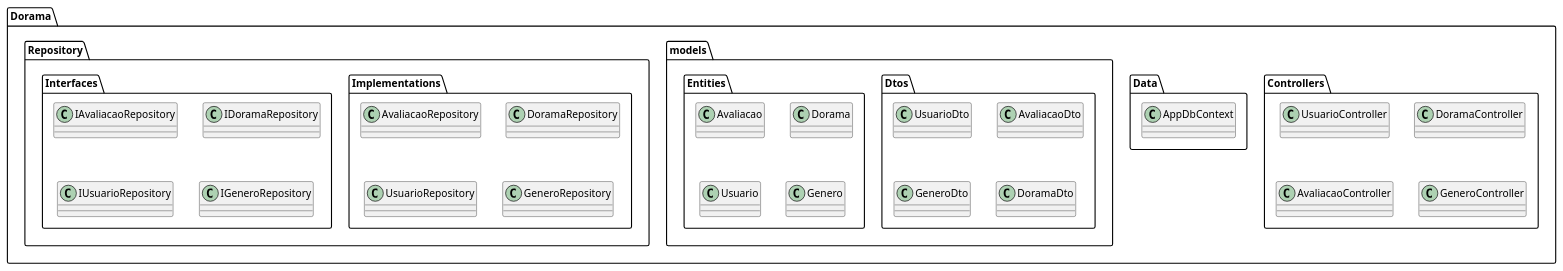
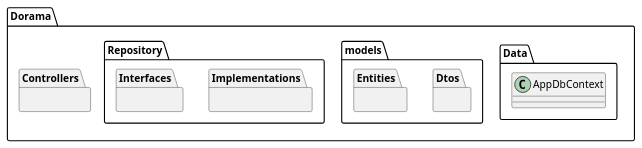
Before and after one commit to KaioHenr/Trab1-PS: the diagram in Trab1-PS/diagramas/diagramas_plantuml/diagrama_de_projeto.plantuml, drawn with PlantUML. The commit also changed 4 other files, not shown here.

Commit message:
adicionando diagramas de projeto do frontend

```diff
--- a/Trab1-PS/diagramas/diagramas_plantuml/diagrama_de_projeto.plantuml
+++ b/Trab1-PS/diagramas/diagramas_plantuml/diagrama_de_projeto.plantuml
@@ -1,53 +1,37 @@
 @startuml
 package Dorama {
 
         package Controllers {
-        class UsuarioController
-        class DoramaController
-        class AvaliacaoController
-        class GeneroController
+       
         }
         
         
         package Data {
         class AppDbContext 
         }
         package models {
                 package Dtos {
-        class UsuarioDto
-        class AvaliacaoDto
-        class GeneroDto
-        class DoramaDto
+       
 }
                 package Entities {
-        class Avaliacao
-        class Dorama
-        class Usuario
-        class Genero
+        
             }
         
 
        
        
         }
 
         package Repository{
         
         package Implementations{
         
-        class AvaliacaoRepository
-        class DoramaRepository
-        class UsuarioRepository
-        class GeneroRepository
+        
         }
         package Interfaces{
-        
-        class IAvaliacaoRepository
-        class IDoramaRepository
-        class IUsuarioRepository
-        class IGeneroRepository
+     
         
         }
         
 }
 @enduml
```
